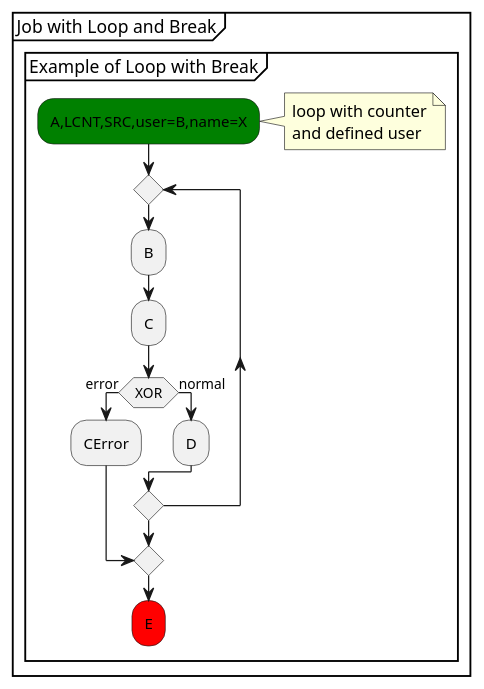
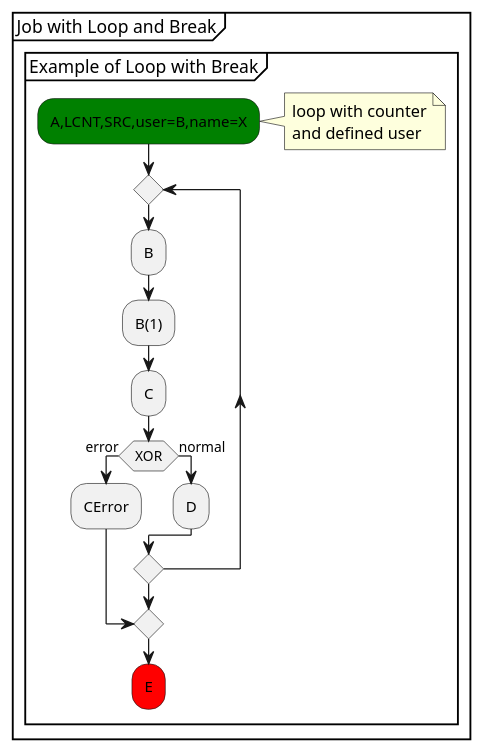
The diagram in models/SequenceVerificationDataCentric/puml/Tutorial_18.puml (xtuml/munin), drawn with PlantUML before and after one commit. The commit also changed 10 other files, not shown here.

```diff
--- a/models/SequenceVerificationDataCentric/puml/Tutorial_18.puml
+++ b/models/SequenceVerificationDataCentric/puml/Tutorial_18.puml
@@ -1,22 +1,23 @@
 @startuml
 partition "Job with Loop and Break" {
   group "Example of Loop with Break"
     #green:A,LCNT,SRC,user=B,name=X;
     note right 
       loop with counter
       and defined user
     end note
     repeat
       :B;
+      :B(1);
       :C;
       if (XOR) then (error)
         :CError;
         break
       else (normal)
         :D;
       endif
     repeat while
     #red:E;
   end group
 }
 @enduml
```
